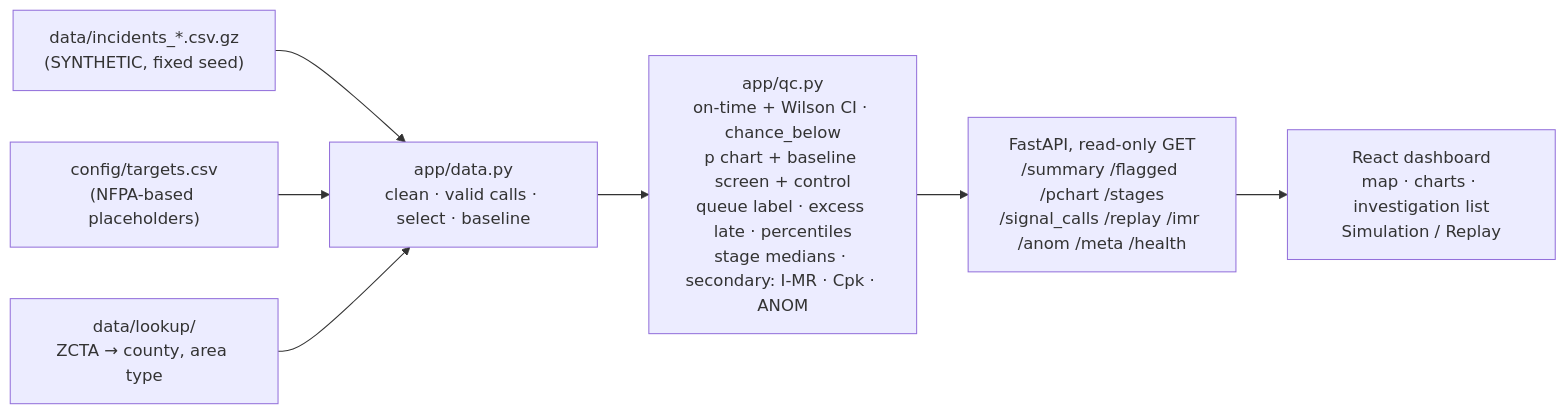
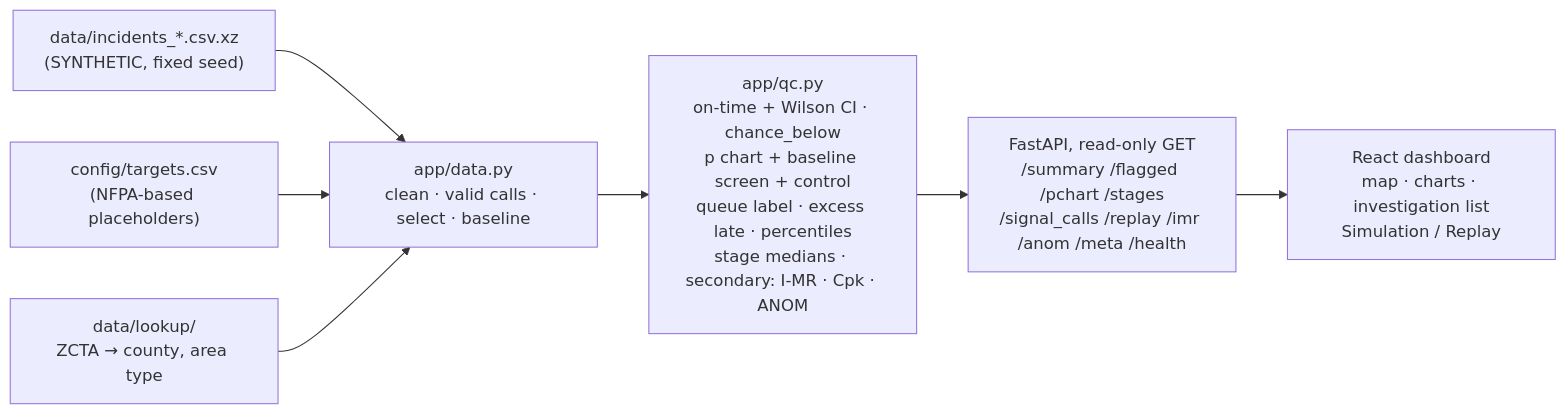
The diagram in README.md (allyannap/sixsigma), drawn with Mermaid before and after one commit. The commit also changed other lines of this file and 45 other files, not shown here.

````diff
--- a/README.md
+++ b/README.md
@@ -93,9 +113,9 @@
 ```mermaid
 flowchart LR
-  csv["data/incidents_*.csv.gz<br>(SYNTHETIC, fixed seed)"] --> dl["app/data.py<br>clean · valid calls · select · baseline"]
+  csv["data/incidents_*.csv.xz<br>(SYNTHETIC, fixed seed)"] --> dl["app/data.py<br>clean · valid calls · select · baseline"]
   tg["config/targets.csv<br>(NFPA-based placeholders)"] --> dl
   lk["data/lookup/<br>ZCTA → county, area type"] --> dl
   dl --> qc["app/qc.py<br>on-time + Wilson CI · chance_below<br>p chart + baseline screen + control<br>queue label · excess late · percentiles<br>stage medians · secondary: I-MR · Cpk · ANOM"]
   qc --> api["FastAPI, read-only GET<br>/summary /flagged /pchart /stages<br>/signal_calls /replay /imr /anom /meta /health"]
   api --> ui["React dashboard<br>map · charts · investigation list<br>Simulation / Replay"]
 ```
````
